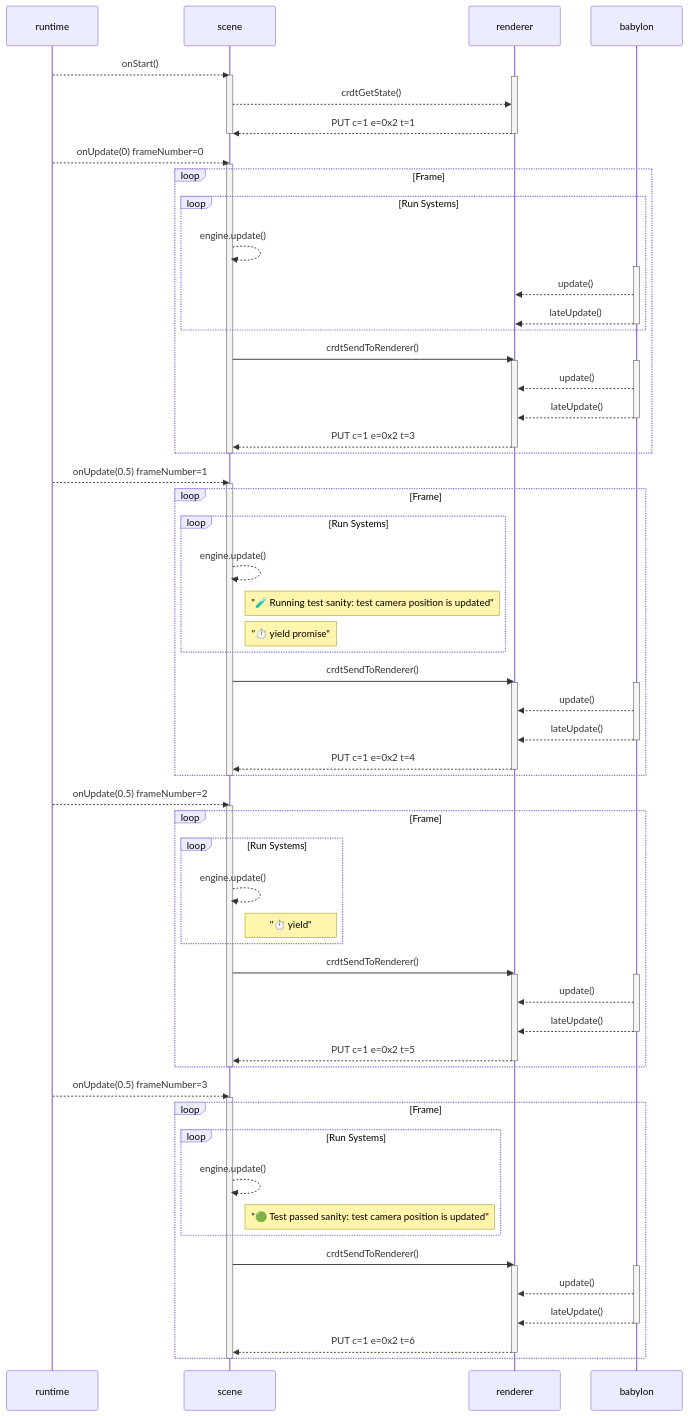
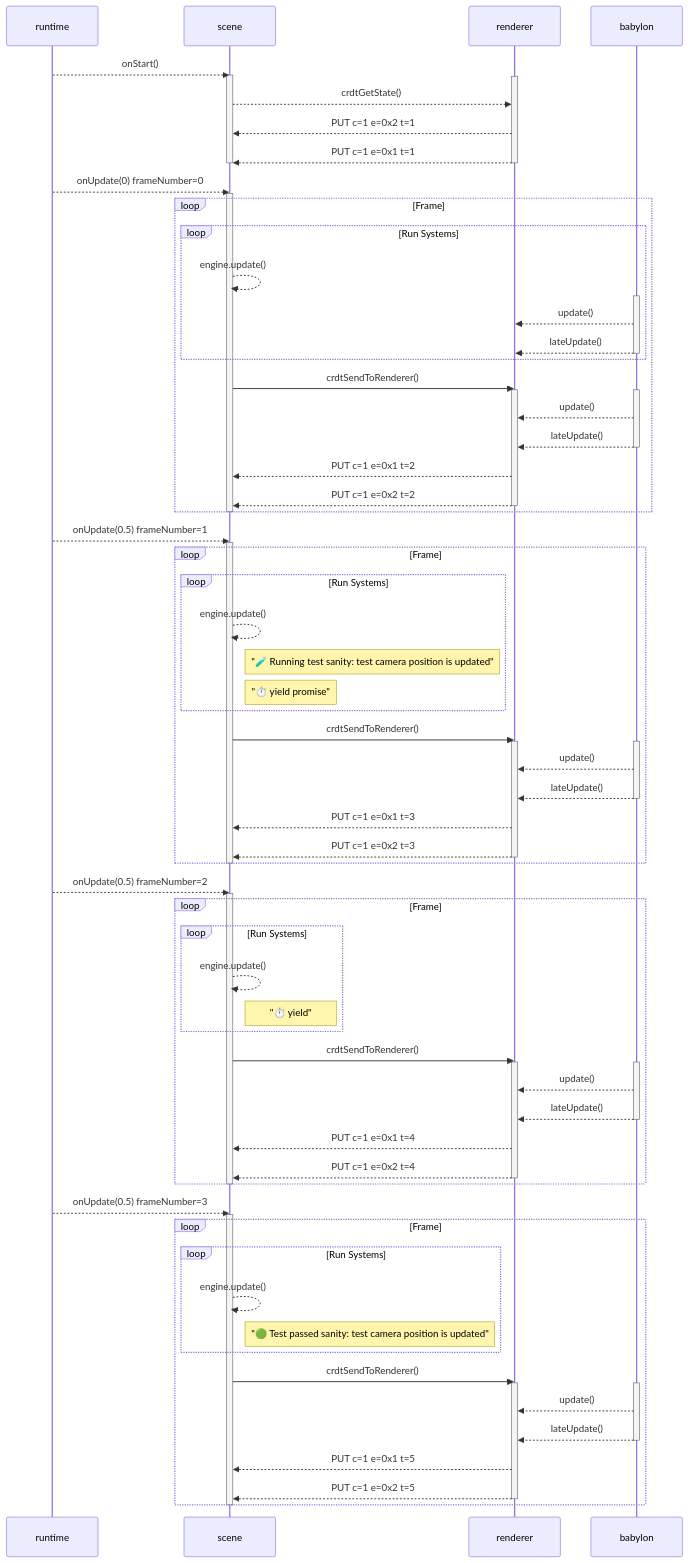
The diagram in testing-realm/scene-0_0/src/tests/camera-position.test.ts.snapshot.md (decentraland/hammurabi), drawn with Mermaid before and after one commit. The commit also changed 9 other files, not shown here.

```diff
--- a/testing-realm/scene-0_0/src/tests/camera-position.test.ts.snapshot.md
+++ b/testing-realm/scene-0_0/src/tests/camera-position.test.ts.snapshot.md
@@ -10,6 +10,7 @@
   activate renderer
   scene-->>renderer: crdtGetState()
     renderer-->>scene: PUT c=1 e=0x2 t=1 #v={"position":{"_isDirty":true,"_x":0,"_y":0,"_z":0},"rotation":{"_isDirty":true,"_x":0,"_y":0,"_z":0,"_w":1},"scale":{"_isDirty":true,"_x":1,"_y":1,"_z":1},"parent":0}
+    renderer-->>scene: PUT c=1 e=0x1 t=1 #v={"position":{"_isDirty":true,"_x":0,"_y":-1.600000023841858,"_z":0},"rotation":{"_isDirty":true,"_x":0,"_y":0,"_z":0,"_w":1},"scale":{"_isDirty":true,"_x":1,"_y":1,"_z":1},"parent":0}
   deactivate renderer
   deactivate scene
 
@@ -29,7 +30,8 @@
     babylon-->>renderer: update()
     babylon-->>renderer: lateUpdate()
   deactivate babylon
-    renderer-->>scene: PUT c=1 e=0x2 t=3 #v={"position":{"_isDirty":true,"_x":0,"_y":0,"_z":0},"rotation":{"_isDirty":true,"_x":0,"_y":0,"_z":0,"_w":1},"scale":{"_isDirty":true,"_x":1,"_y":1,"_z":1},"parent":0}
+    renderer-->>scene: PUT c=1 e=0x1 t=2 #v={"position":{"_isDirty":true,"_x":0,"_y":-1.600000023841858,"_z":0},"rotation":{"_isDirty":true,"_x":0,"_y":0,"_z":0,"_w":1},"scale":{"_isDirty":true,"_x":1,"_y":1,"_z":1},"parent":0}
+    renderer-->>scene: PUT c=1 e=0x2 t=2 #v={"position":{"_isDirty":true,"_x":0,"_y":0,"_z":0},"rotation":{"_isDirty":true,"_x":0,"_y":0,"_z":0,"_w":1},"scale":{"_isDirty":true,"_x":1,"_y":1,"_z":1},"parent":0}
   deactivate renderer
   end
   deactivate scene
@@ -49,7 +51,8 @@
     babylon-->>renderer: update()
     babylon-->>renderer: lateUpdate()
   deactivate babylon
-    renderer-->>scene: PUT c=1 e=0x2 t=4 #v={"position":{"_isDirty":true,"_x":1,"_y":1,"_z":1},"rotation":{"_isDirty":true,"_x":0.08682409673929214,"_y":0.08682409673929214,"_z":-0.007596122566610575,"_w":0.9924038648605347},"scale":{"_isDirty":true,"_x":1,"_y":1,"_z":1},"parent":0}
+    renderer-->>scene: PUT c=1 e=0x1 t=3 #v={"position":{"_isDirty":true,"_x":1,"_y":-0.6000000238418579,"_z":1},"rotation":{"_isDirty":true,"_x":0,"_y":0,"_z":0,"_w":1},"scale":{"_isDirty":true,"_x":1,"_y":1,"_z":1},"parent":0}
+    renderer-->>scene: PUT c=1 e=0x2 t=3 #v={"position":{"_isDirty":true,"_x":1,"_y":1,"_z":1},"rotation":{"_isDirty":true,"_x":0.08682409673929214,"_y":0.08682409673929214,"_z":-0.007596122566610575,"_w":0.9924038648605347},"scale":{"_isDirty":true,"_x":1,"_y":1,"_z":1},"parent":0}
   deactivate renderer
   end
   deactivate scene
@@ -67,7 +70,8 @@
     babylon-->>renderer: update()
     babylon-->>renderer: lateUpdate()
   deactivate babylon
-    renderer-->>scene: PUT c=1 e=0x2 t=5 #v={"position":{"_isDirty":true,"_x":1,"_y":1,"_z":1},"rotation":{"_isDirty":true,"_x":0.08682409673929214,"_y":0.08682409673929214,"_z":-0.007596122566610575,"_w":0.9924038648605347},"scale":{"_isDirty":true,"_x":1,"_y":1,"_z":1},"parent":0}
+    renderer-->>scene: PUT c=1 e=0x1 t=4 #v={"position":{"_isDirty":true,"_x":1,"_y":-0.6000000238418579,"_z":1},"rotation":{"_isDirty":true,"_x":0,"_y":0,"_z":0,"_w":1},"scale":{"_isDirty":true,"_x":1,"_y":1,"_z":1},"parent":0}
+    renderer-->>scene: PUT c=1 e=0x2 t=4 #v={"position":{"_isDirty":true,"_x":1,"_y":1,"_z":1},"rotation":{"_isDirty":true,"_x":0.08682409673929214,"_y":0.08682409673929214,"_z":-0.007596122566610575,"_w":0.9924038648605347},"scale":{"_isDirty":true,"_x":1,"_y":1,"_z":1},"parent":0}
   deactivate renderer
   end
   deactivate scene
@@ -86,7 +90,8 @@
     babylon-->>renderer: update()
     babylon-->>renderer: lateUpdate()
   deactivate babylon
-    renderer-->>scene: PUT c=1 e=0x2 t=6 #v={"position":{"_isDirty":true,"_x":1,"_y":1,"_z":1},"rotation":{"_isDirty":true,"_x":0.08682409673929214,"_y":0.08682409673929214,"_z":-0.007596122566610575,"_w":0.9924038648605347},"scale":{"_isDirty":true,"_x":1,"_y":1,"_z":1},"parent":0}
+    renderer-->>scene: PUT c=1 e=0x1 t=5 #v={"position":{"_isDirty":true,"_x":1,"_y":-0.6000000238418579,"_z":1},"rotation":{"_isDirty":true,"_x":0,"_y":0,"_z":0,"_w":1},"scale":{"_isDirty":true,"_x":1,"_y":1,"_z":1},"parent":0}
+    renderer-->>scene: PUT c=1 e=0x2 t=5 #v={"position":{"_isDirty":true,"_x":1,"_y":1,"_z":1},"rotation":{"_isDirty":true,"_x":0.08682409673929214,"_y":0.08682409673929214,"_z":-0.007596122566610575,"_w":0.9924038648605347},"scale":{"_isDirty":true,"_x":1,"_y":1,"_z":1},"parent":0}
   deactivate renderer
   end
   deactivate scene
```
